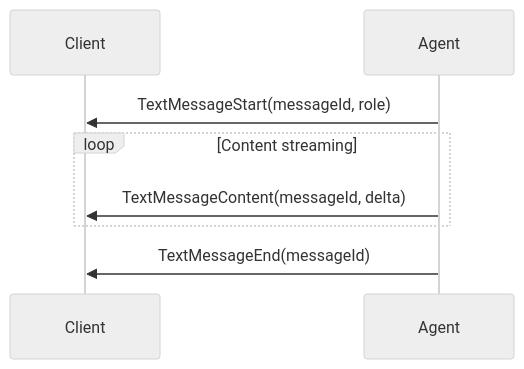
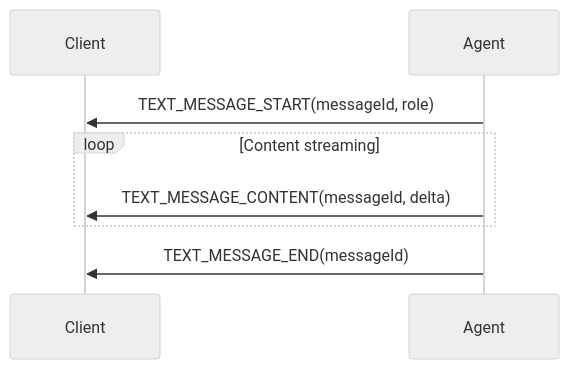
Before and after one commit to yoichiozaki/yoichiozaki.github.io: the fifth of 12 diagrams in content/blog/en/ag-ui-protocol.mdx, drawn with Mermaid (neutral theme). The commit also changed other lines of this file and 88 other files, not shown here.

````diff
--- a/content/blog/en/ag-ui-protocol.mdx
+++ b/content/blog/en/ag-ui-protocol.mdx
@@ -247,10 +252,10 @@
 ```mermaid
 sequenceDiagram
     participant C as Client
     participant A as Agent
-    A->>C: TextMessageStart(messageId, role)
+    A->>C: TEXT_MESSAGE_START(messageId, role)
     loop Content streaming
-        A->>C: TextMessageContent(messageId, delta)
+        A->>C: TEXT_MESSAGE_CONTENT(messageId, delta)
     end
-    A->>C: TextMessageEnd(messageId)
+    A->>C: TEXT_MESSAGE_END(messageId)
 ```
````
